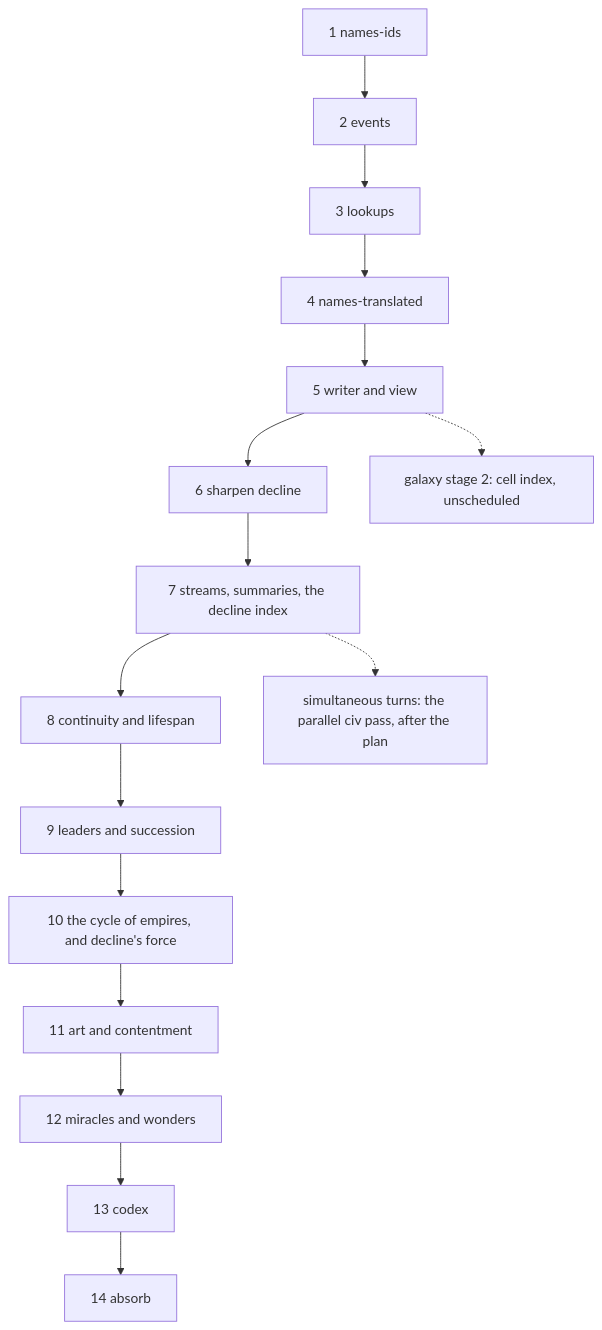
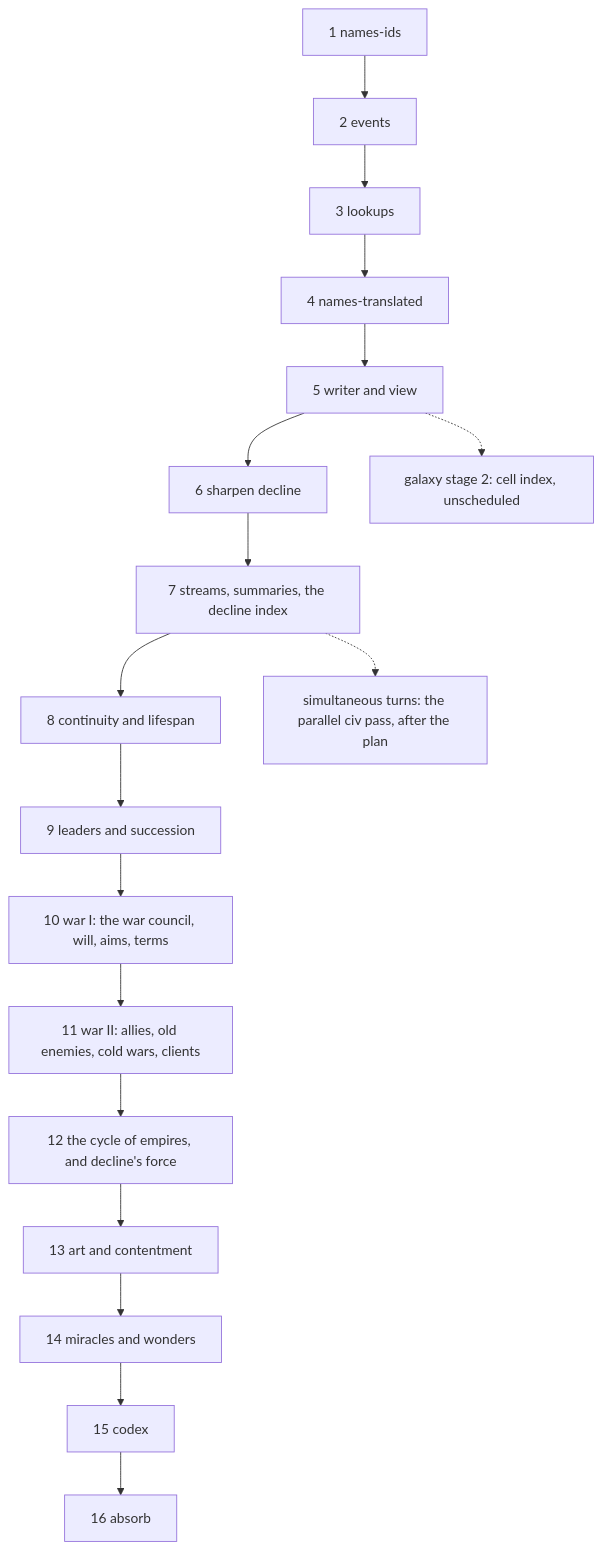
Before and after one commit to aulme/older-than-their-sun: the diagram in specs/plan.md, drawn with Mermaid. The commit also changed other lines of this file and 7 other files, not shown here.

````diff
--- a/specs/plan.md
+++ b/specs/plan.md
@@ -10,18 +10,20 @@
 ```mermaid
 flowchart TD
   N1[1 names-ids] --> S1[2 events]
   S1 --> S2[3 lookups]
   S2 --> N2[4 names-translated]
   N2 --> S3[5 writer and view]
   S3 --> D0[6 sharpen decline]
   D0 --> D1[7 streams, summaries, the decline index]
   D1 --> C[8 continuity and lifespan]
   C --> L[9 leaders and succession]
-  L --> E[10 the cycle of empires, and decline's force]
-  E --> R[11 art and contentment]
-  R --> M[12 miracles and wonders]
-  M --> S4[13 codex]
-  S4 --> A[14 absorb]
+  L --> W1[10 war I: the war council, will, aims, terms]
+  W1 --> W2[11 war II: allies, old enemies, cold wars, clients]
+  W2 --> E[12 the cycle of empires, and decline's force]
+  E --> R[13 art and contentment]
+  R --> M[14 miracles and wonders]
+  M --> S4[15 codex]
+  S4 --> A[16 absorb]
   S3 -.-> G2[galaxy stage 2: cell index, unscheduled]
   D1 -.-> ST[simultaneous turns: the parallel civ pass, after the plan]
 ```
````
